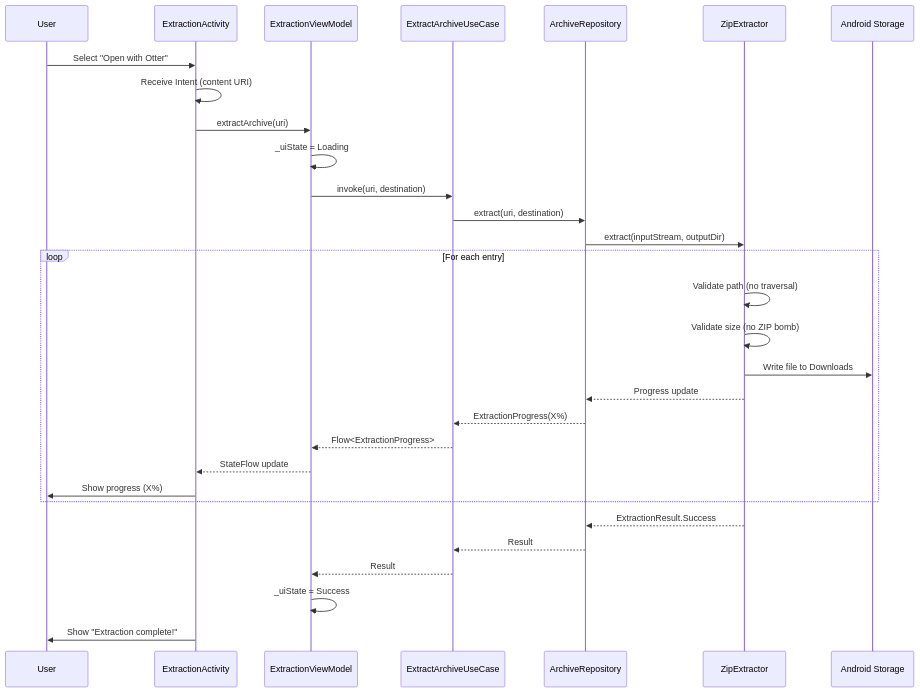
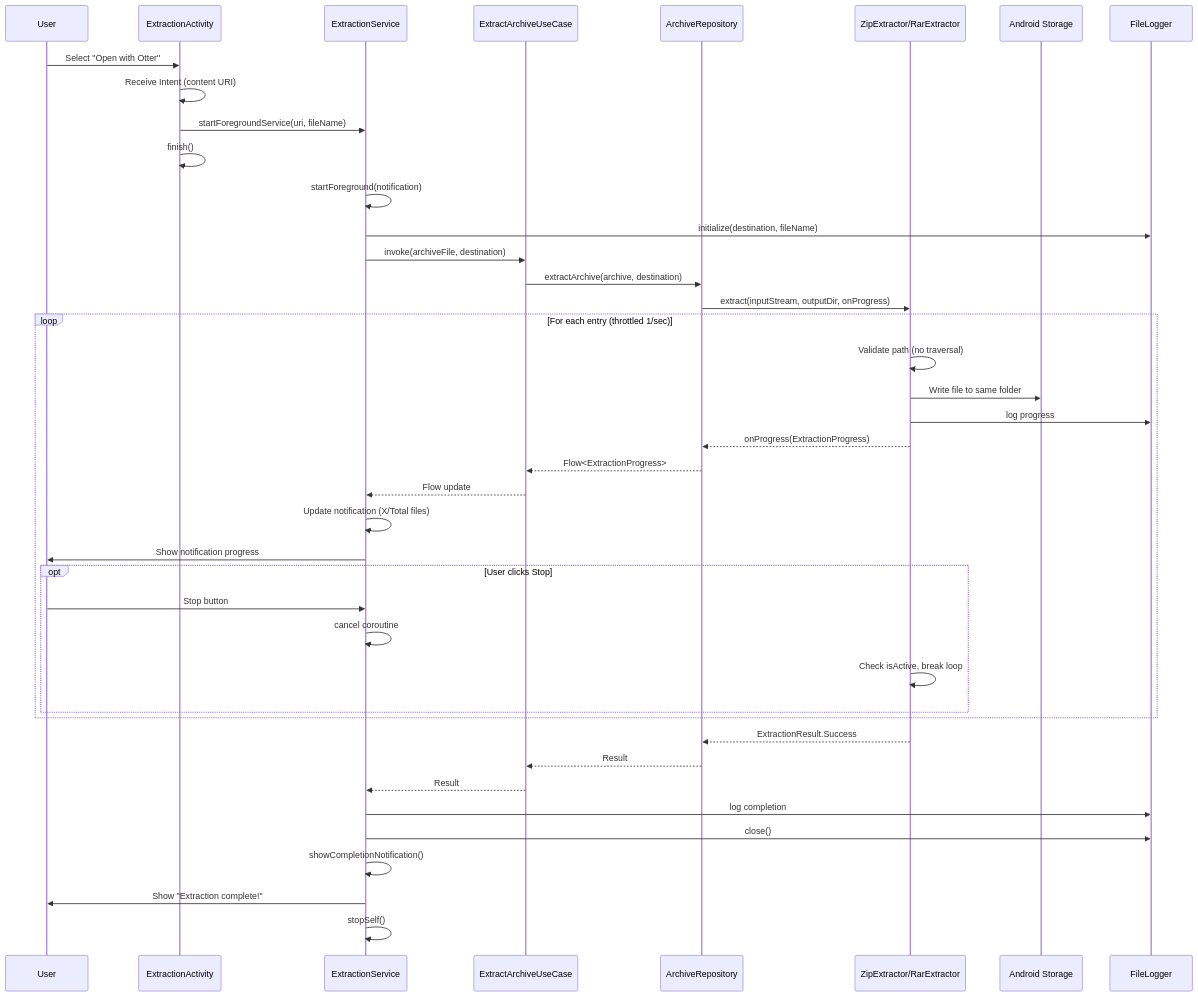
Before and after one commit to TomasGC/otter: the third of 3 diagrams in .claude/ARCHITECTURE.md, drawn with Mermaid. The commit also changed other lines of this file and 13 other files, not shown here.

First line of the commit message:
#9: feat: implement auto extraction mode with background service

````diff
--- a/.claude/ARCHITECTURE.md
+++ b/.claude/ARCHITECTURE.md
@@ -216,37 +238,49 @@
 ```mermaid
 sequenceDiagram
     participant User
     participant Activity as ExtractionActivity
-    participant VM as ExtractionViewModel
+    participant Service as ExtractionService
     participant UC as ExtractArchiveUseCase
     participant Repo as ArchiveRepository
-    participant Ext as ZipExtractor
+    participant Ext as ZipExtractor/RarExtractor
     participant Storage as Android Storage
+    participant Logger as FileLogger
 
     User->>Activity: Select "Open with Otter"
     Activity->>Activity: Receive Intent (content URI)
-    Activity->>VM: extractArchive(uri)
+    Activity->>Service: startForegroundService(uri, fileName)
+    Activity->>Activity: finish()
     
-    VM->>VM: _uiState = Loading
-    VM->>UC: invoke(uri, destination)
+    Service->>Service: startForeground(notification)
+    Service->>Logger: initialize(destination, fileName)
+    Service->>UC: invoke(archiveFile, destination)
     
-    UC->>Repo: extract(uri, destination)
-    Repo->>Ext: extract(inputStream, outputDir)
+    UC->>Repo: extractArchive(archive, destination)
+    Repo->>Ext: extract(inputStream, outputDir, onProgress)
     
-    loop For each entry
+    loop For each entry (throttled 1/sec)
         Ext->>Ext: Validate path (no traversal)
-        Ext->>Ext: Validate size (no ZIP bomb)
-        Ext->>Storage: Write file to Downloads
-        Ext-->>Repo: Progress update
-        Repo-->>UC: ExtractionProgress(X%)
-        UC-->>VM: Flow<ExtractionProgress>
-        VM-->>Activity: StateFlow update
-        Activity->>User: Show progress (X%)
+        Ext->>Storage: Write file to same folder
+        Ext->>Logger: log progress
+        Ext-->>Repo: onProgress(ExtractionProgress)
+        Repo-->>UC: Flow<ExtractionProgress>
+        UC-->>Service: Flow update
+        Service->>Service: Update notification (X/Total files)
+        Service->>User: Show notification progress
+        
+        opt User clicks Stop
+            User->>Service: Stop button
+            Service->>Service: cancel coroutine
+            Ext->>Ext: Check isActive, break loop
+        end
     end
     
     Ext-->>Repo: ExtractionResult.Success
     Repo-->>UC: Result
-    UC-->>VM: Result
-    VM->>VM: _uiState = Success
-    Activity->>User: Show "Extraction complete!"
+    UC-->>Service: Result
+    Service->>Logger: log completion
+    Service->>Logger: close()
+    Service->>Service: showCompletionNotification()
+    Service->>User: Show "Extraction complete!"
+    Service->>Service: stopSelf()
 ```
````
